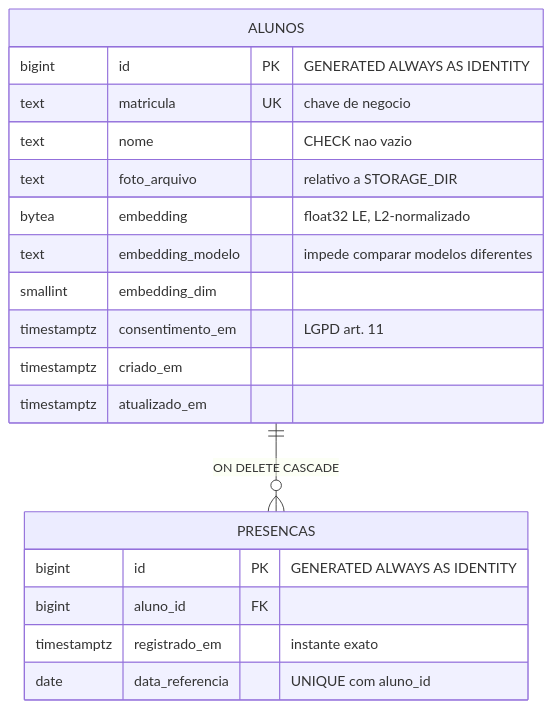
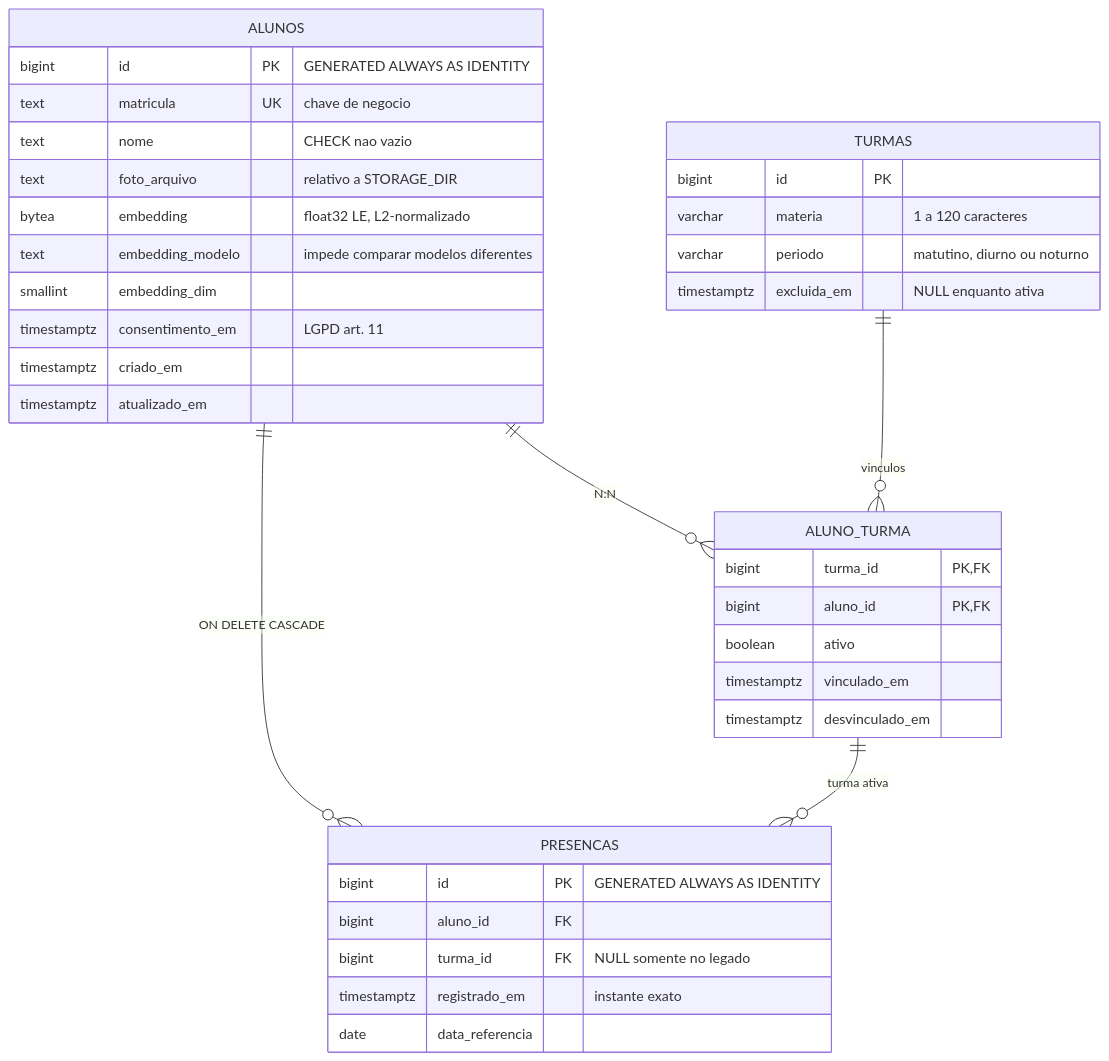
One commit to mateusvcsmoura/projeto_reconhecimento_facial changed the third of 4 diagrams in ARCHITECTURE.md. Above: the diagram before and after it, drawn with Mermaid. The commit also changed other lines of this file and 62 other files, not shown here.

Commit message:
feat: organiza alunos e presenças por turma

````diff
--- a/ARCHITECTURE.md
+++ b/ARCHITECTURE.md
@@ -299,24 +311,43 @@
 ```mermaid
 erDiagram
     ALUNOS ||--o{ PRESENCAS : "ON DELETE CASCADE"
+    TURMAS ||--o{ ALUNO_TURMA : "vinculos"
+    ALUNOS ||--o{ ALUNO_TURMA : "N:N"
+    ALUNO_TURMA ||--o{ PRESENCAS : "turma ativa"
 
     ALUNOS {
         bigint id PK "GENERATED ALWAYS AS IDENTITY"
         text matricula UK "chave de negocio"
         text nome "CHECK nao vazio"
         text foto_arquivo "relativo a STORAGE_DIR"
         bytea embedding "float32 LE, L2-normalizado"
         text embedding_modelo "impede comparar modelos diferentes"
         smallint embedding_dim
         timestamptz consentimento_em "LGPD art. 11"
         timestamptz criado_em
         timestamptz atualizado_em
     }
 
+    TURMAS {
+        bigint id PK
+        varchar materia "1 a 120 caracteres"
+        varchar periodo "matutino, diurno ou noturno"
+        timestamptz excluida_em "NULL enquanto ativa"
+    }
+
+    ALUNO_TURMA {
+        bigint turma_id PK,FK
+        bigint aluno_id PK,FK
+        boolean ativo
+        timestamptz vinculado_em
+        timestamptz desvinculado_em
+    }
+
     PRESENCAS {
         bigint id PK "GENERATED ALWAYS AS IDENTITY"
         bigint aluno_id FK
+        bigint turma_id FK "NULL somente no legado"
         timestamptz registrado_em "instante exato"
-        date data_referencia "UNIQUE com aluno_id"
+        date data_referencia
     }
 ```
````
